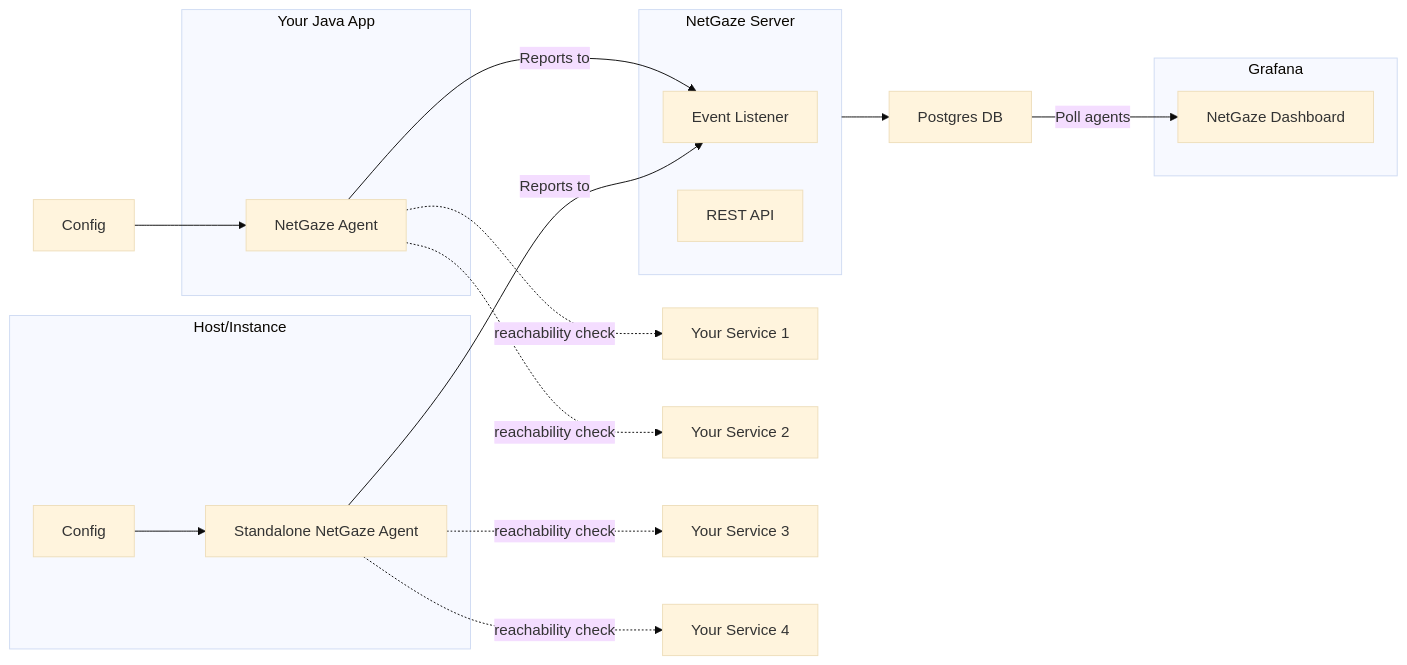
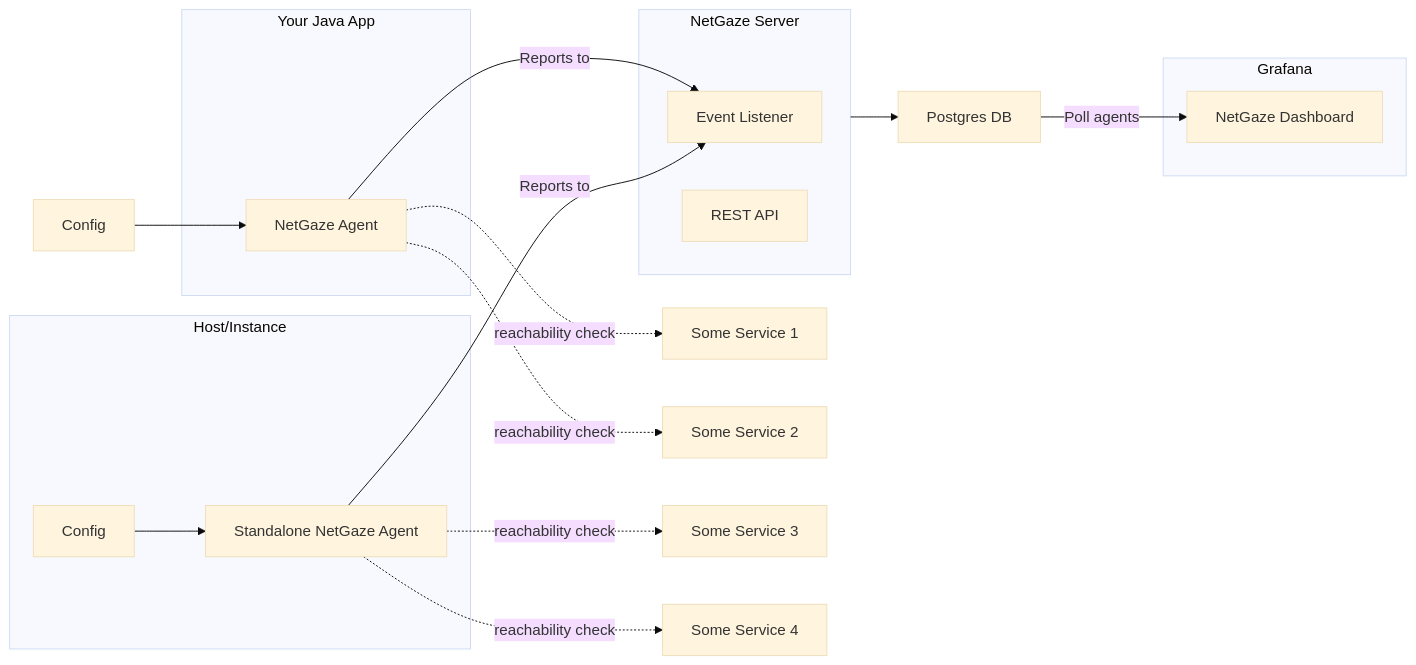
One commit to NetGaze/NetGaze changed the diagram in README.md. Above: the diagram before and after it, drawn with Mermaid (base theme).

````diff
--- a/README.md
+++ b/README.md
@@ -18,38 +18,38 @@
 ```mermaid
 flowchart LR
   db["Postgres DB"]
   cfg1["Config"]
   cfg2["Config"]
   lib1["NetGaze Agent"]
   lib2["Standalone NetGaze Agent"]
-  svc1["Your Service 1"]
-  svc2["Your Service 2"]
-  svc3["Your Service 3"]
-  svc4["Your Service 4"]
+  svc1["Some Service 1"]
+  svc2["Some Service 2"]
+  svc3["Some Service 3"]
+  svc4["Some Service 4"]
   lib1 -. reachability check .-> svc1
   lib1 -. reachability check .-> svc2
   lib1 -- Reports to --> listener
   lib2 -. reachability check .-> svc3
   lib2 -. reachability check .-> svc4
   lib2 -- Reports to --> listener
 
   subgraph app["Your Java App"]
     lib1
   end
   subgraph sa_agent["Host/Instance"]
     lib2
     cfg2 --> lib2
   end
   subgraph server["NetGaze Server"]
     listener["Event Listener"]
     rest["REST API"]
   end
 
   subgraph grafana["Grafana"]
     dash["NetGaze Dashboard"]
   end
 
   cfg1 --> lib1
   server --> db
   db -- Poll agents --> dash
 ```
````
